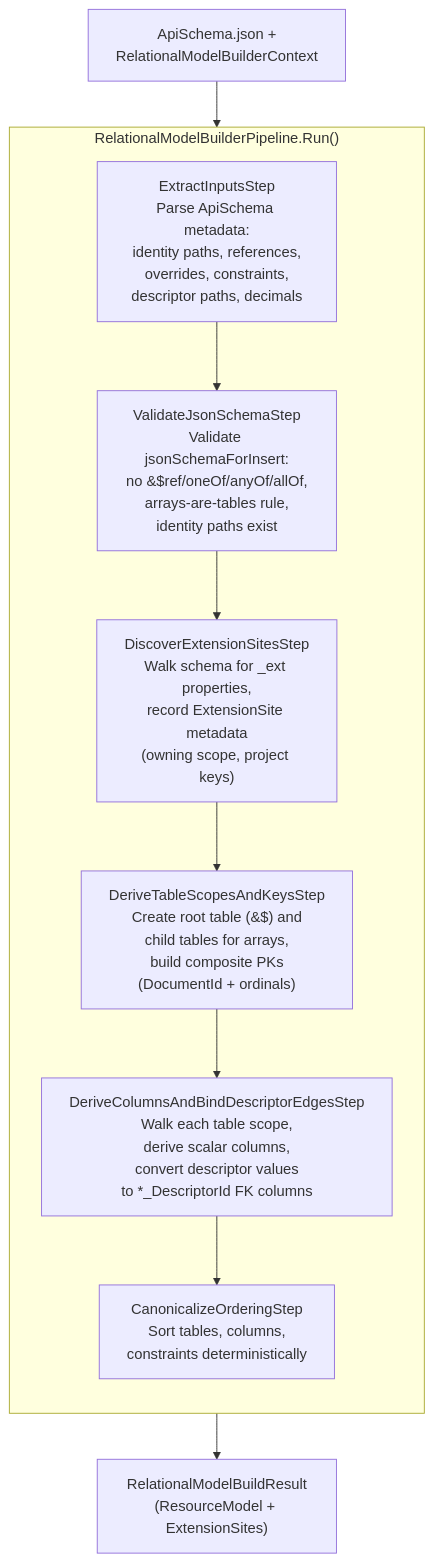
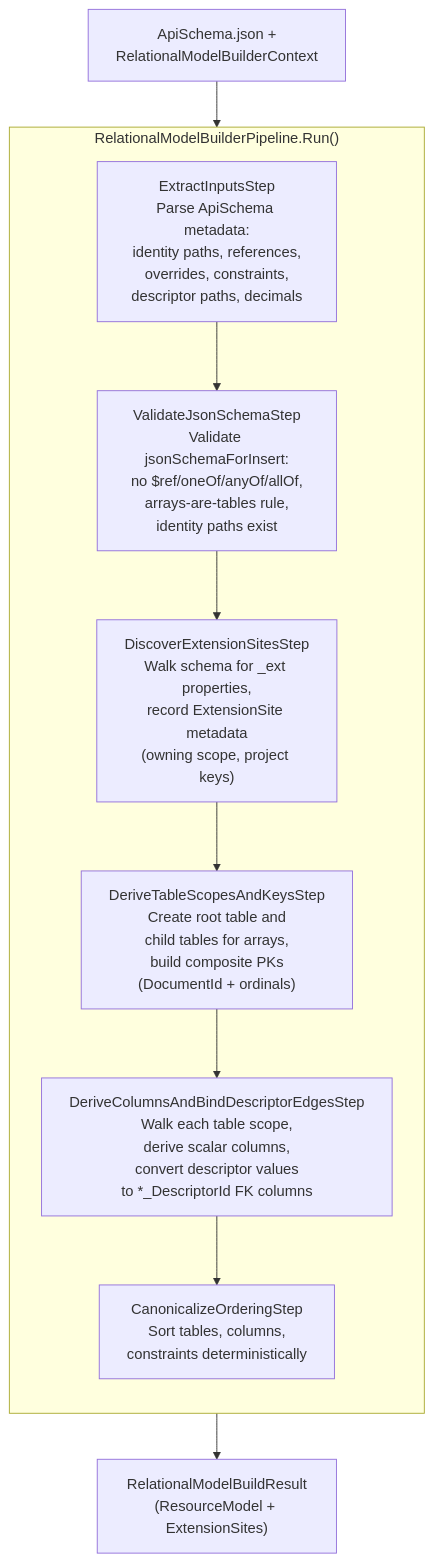
Before and after one commit to Ed-Fi-Alliance-OSS/Data-Management-Service: the tenth of 16 diagrams in reference/design/backend-redesign/presentations/relational-model-presentation.md, drawn with Mermaid.

````diff
--- a/reference/design/backend-redesign/presentations/relational-model-presentation.md
+++ b/reference/design/backend-redesign/presentations/relational-model-presentation.md
@@ -455,22 +455,22 @@
 ```mermaid
 flowchart TD
     subgraph Pipeline["RelationalModelBuilderPipeline.Run()"]
         direction TB
         S1["ExtractInputsStep<br/>Parse ApiSchema metadata:<br/>identity paths, references,<br/>overrides, constraints,<br/>descriptor paths, decimals"]
 
-        S2["ValidateJsonSchemaStep<br/>Validate jsonSchemaForInsert:<br/>no &#36;ref/oneOf/anyOf/allOf,<br/>arrays-are-tables rule,<br/>identity paths exist"]
+        S2["ValidateJsonSchemaStep<br/>Validate jsonSchemaForInsert:<br/>no $ref/oneOf/anyOf/allOf,<br/>arrays-are-tables rule,<br/>identity paths exist"]
 
         S3["DiscoverExtensionSitesStep<br/>Walk schema for _ext properties,<br/>record ExtensionSite metadata<br/>(owning scope, project keys)"]
 
-        S4["DeriveTableScopesAndKeysStep<br/>Create root table (&#36;) and<br/>child tables for arrays,<br/>build composite PKs<br/>(DocumentId + ordinals)"]
+        S4["DeriveTableScopesAndKeysStep<br/>Create root table and<br/>child tables for arrays,<br/>build composite PKs<br/>(DocumentId + ordinals)"]
 
         S5["DeriveColumnsAndBindDescriptorEdgesStep<br/>Walk each table scope,<br/>derive scalar columns,<br/>convert descriptor values<br/>to *_DescriptorId FK columns"]
 
         S6["CanonicalizeOrderingStep<br/>Sort tables, columns,<br/>constraints deterministically"]
 
         S1 --> S2 --> S3 --> S4 --> S5 --> S6
     end
 
     INPUT["ApiSchema.json +<br/>RelationalModelBuilderContext"] --> S1
     S6 --> OUTPUT["RelationalModelBuildResult<br/>(ResourceModel + ExtensionSites)"]
 ```
````
